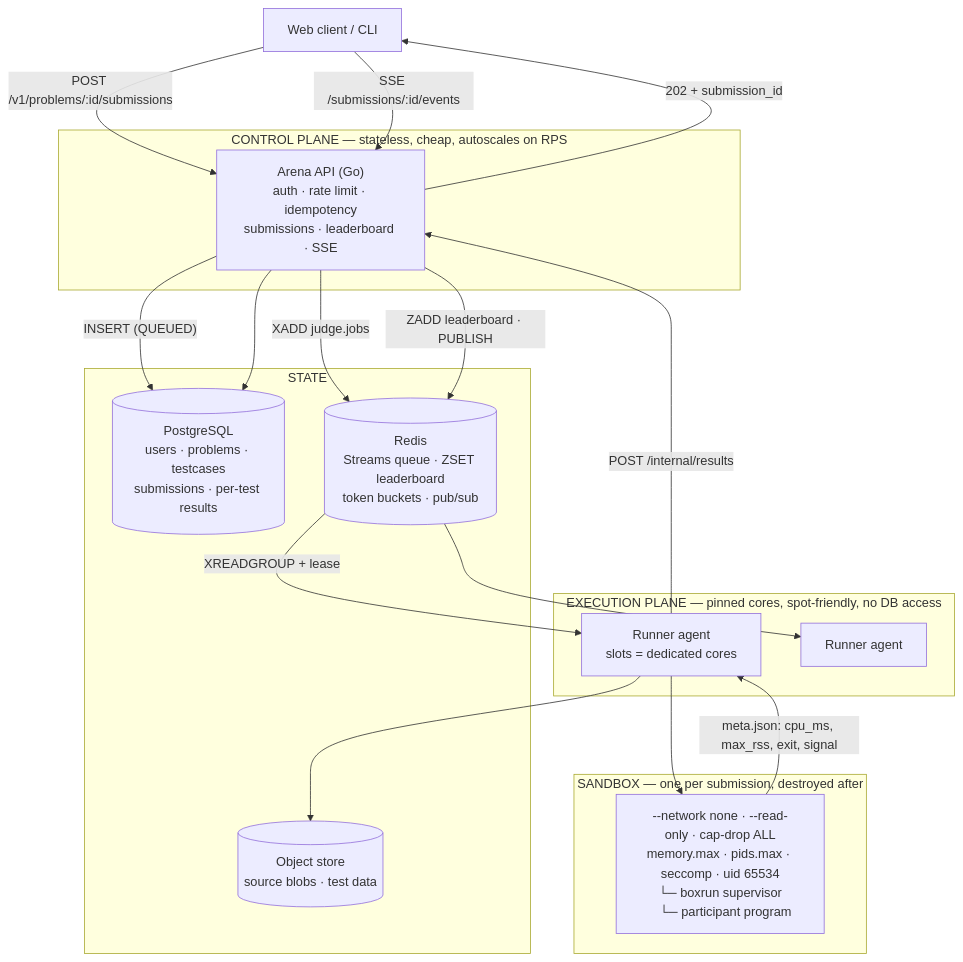
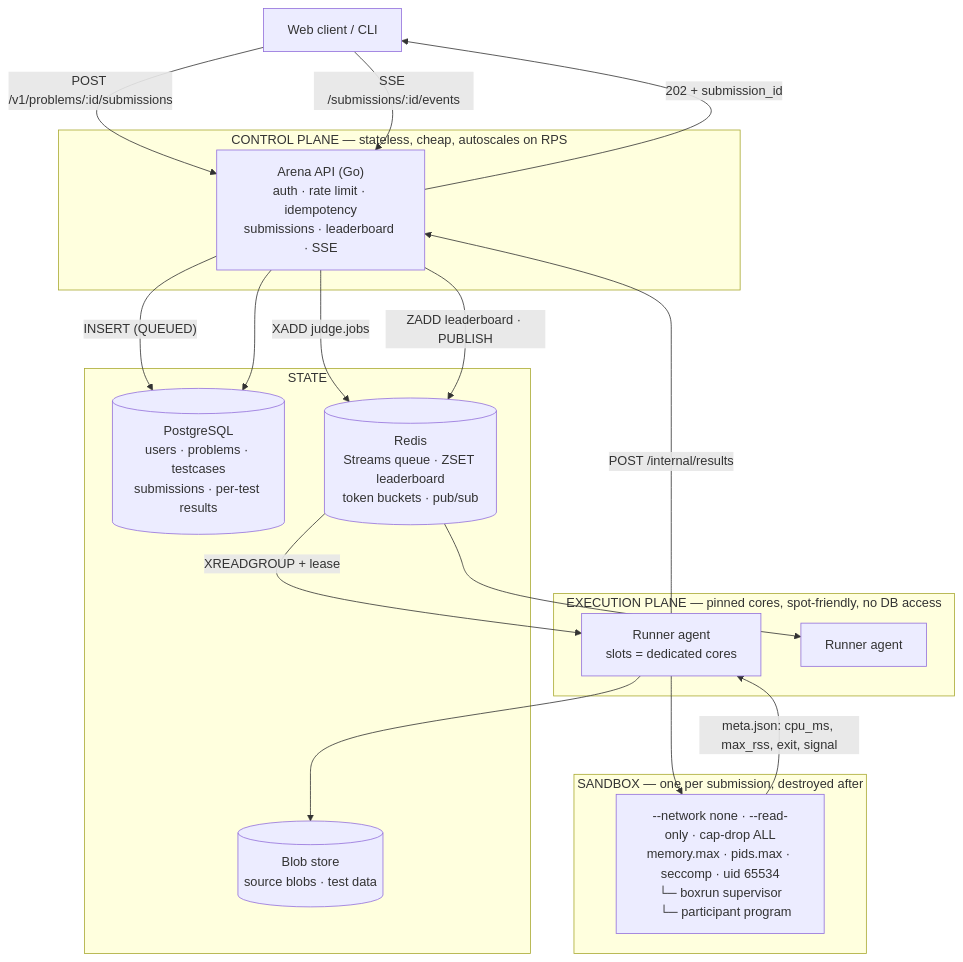
One commit to AnishPrakash/arena changed the first of 4 diagrams in README.md. Above: the diagram before and after it, drawn with Mermaid. The commit also changed other lines of this file and 1 other file, not shown here.

````diff
--- a/README.md
+++ b/README.md
@@ -72,37 +87,37 @@
 ```mermaid
 flowchart TB
     UI["Web client / CLI"]
 
     subgraph CP["CONTROL PLANE — stateless, cheap, autoscales on RPS"]
         API["Arena API (Go)<br/>auth · rate limit · idempotency<br/>submissions · leaderboard · SSE"]
     end
 
     subgraph DATA["STATE"]
         PG[("PostgreSQL<br/>users · problems · testcases<br/>submissions · per-test results")]
         RD[("Redis<br/>Streams queue · ZSET leaderboard<br/>token buckets · pub/sub")]
-        BLOB[("Object store<br/>source blobs · test data")]
+        BLOB[("Blob store<br/>source blobs · test data")]
     end
 
     subgraph EP["EXECUTION PLANE — pinned cores, spot-friendly, no DB access"]
         R1["Runner agent<br/>slots = dedicated cores"]
         R2["Runner agent"]
     end
 
     subgraph SB["SANDBOX — one per submission, destroyed after"]
         BOX["--network none · --read-only · cap-drop ALL<br/>memory.max · pids.max · seccomp · uid 65534<br/>└─ boxrun supervisor<br/>   └─ participant program"]
     end
 
     UI -->|"POST /v1/problems/:id/submissions"| API
     API -->|"INSERT (QUEUED)"| PG
     API -->|"XADD judge.jobs"| RD
     API -->|"202 + submission_id"| UI
     UI -->|"SSE /submissions/:id/events"| API
     RD -->|"XREADGROUP + lease"| R1
     RD --> R2
     R1 --> BLOB
     R1 --> BOX
     BOX -->|"meta.json: cpu_ms, max_rss, exit, signal"| R1
     R1 -->|"POST /internal/results"| API
     API --> PG
     API -->|"ZADD leaderboard · PUBLISH"| RD
 ```
````
